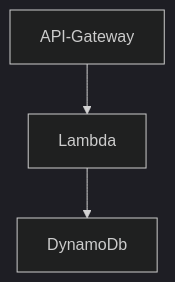
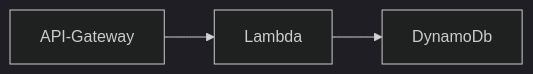
Before and after one commit to sosueme99/robobarista: the diagram in README.md, drawn with Mermaid (dark theme).

Commit message:
flowchart

````diff
--- a/README.md
+++ b/README.md
@@ -8,5 +8,5 @@
 ```mermaid
-graph TD;
+flowchart LR;
     API-Gateway-->Lambda;
     Lambda-->DynamoDb;
 ```
````
